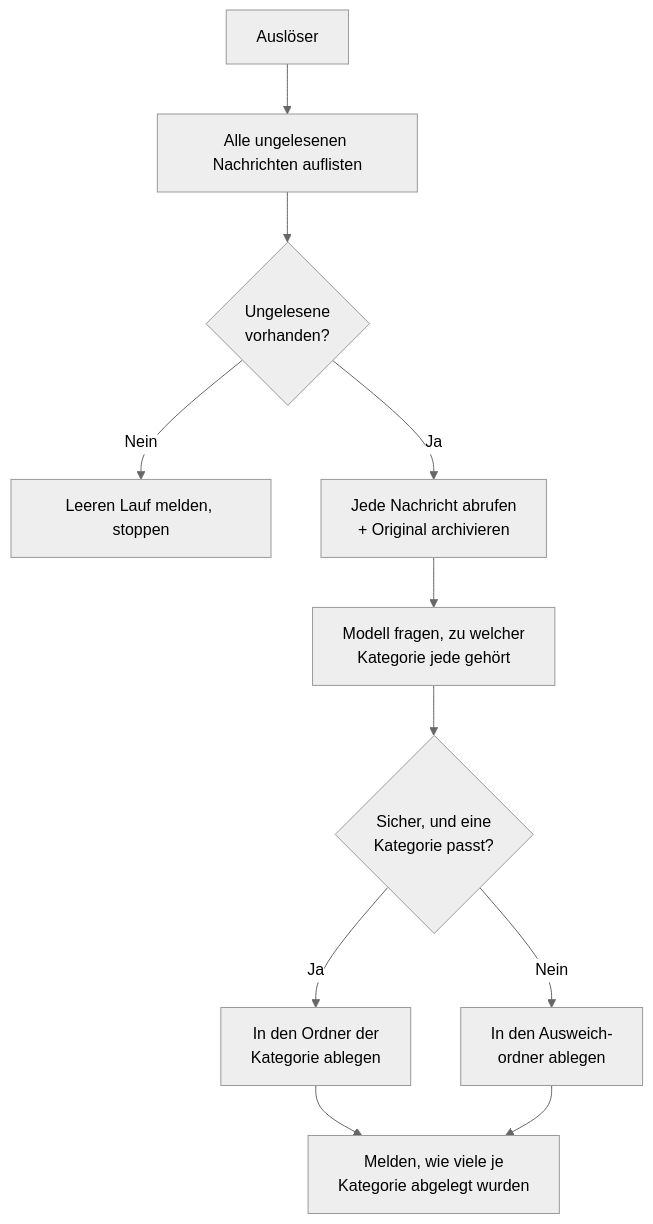
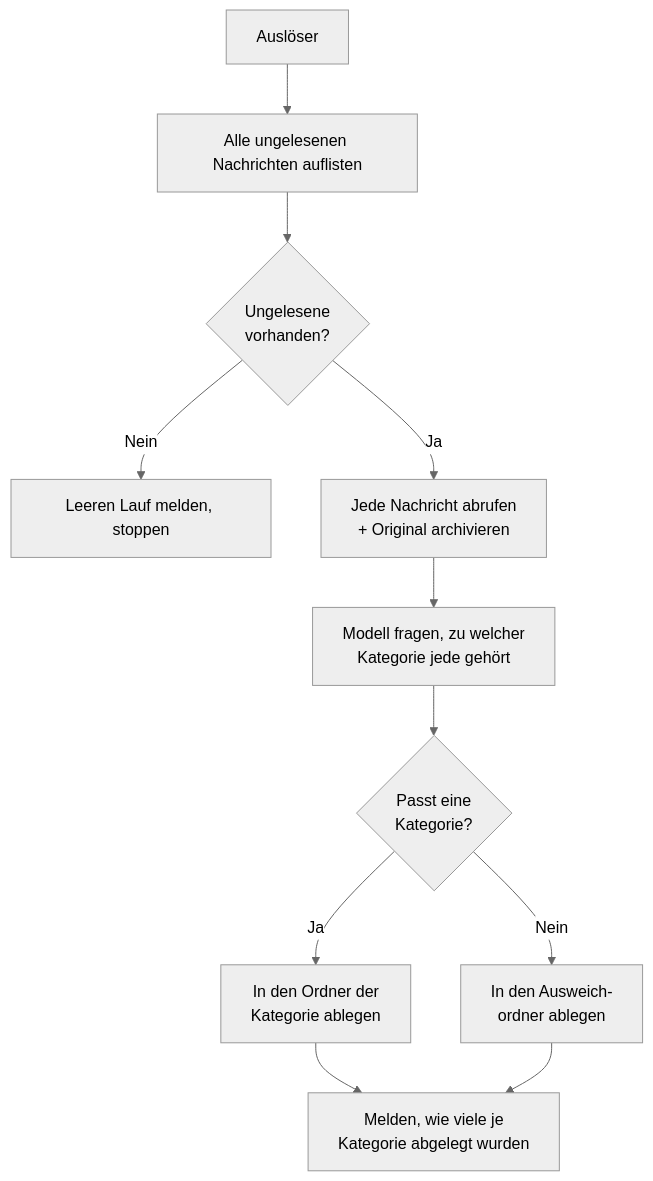
The diagram in docs/docs/2_platform/5_agents/12_email_classification_agent/index.de.md (bbvch-ai/aihub-core), drawn with Mermaid (neutral theme) before and after one commit. The commit also changed other lines of this file and 26 other files, not shown here.

````diff
--- a/docs/docs/2_platform/5_agents/12_email_classification_agent/index.de.md
+++ b/docs/docs/2_platform/5_agents/12_email_classification_agent/index.de.md
@@ -29,13 +29,13 @@
 ```mermaid
 flowchart TD
     A[Auslöser] --> B[Alle ungelesenen Nachrichten auflisten]
     B --> C{Ungelesene<br/>vorhanden?}
     C -- Nein --> D[Leeren Lauf melden, stoppen]
     C -- Ja --> E[Jede Nachricht abrufen<br/>+ Original archivieren]
     E --> F[Modell fragen, zu welcher<br/>Kategorie jede gehört]
-    F --> G{Sicher, und eine<br/>Kategorie passt?}
+    F --> G{Passt eine<br/>Kategorie?}
     G -- Ja --> H[In den Ordner der<br/>Kategorie ablegen]
     G -- Nein --> I[In den Ausweich-<br/>ordner ablegen]
     H --> J[Melden, wie viele je<br/>Kategorie abgelegt wurden]
     I --> J
 ```
````
